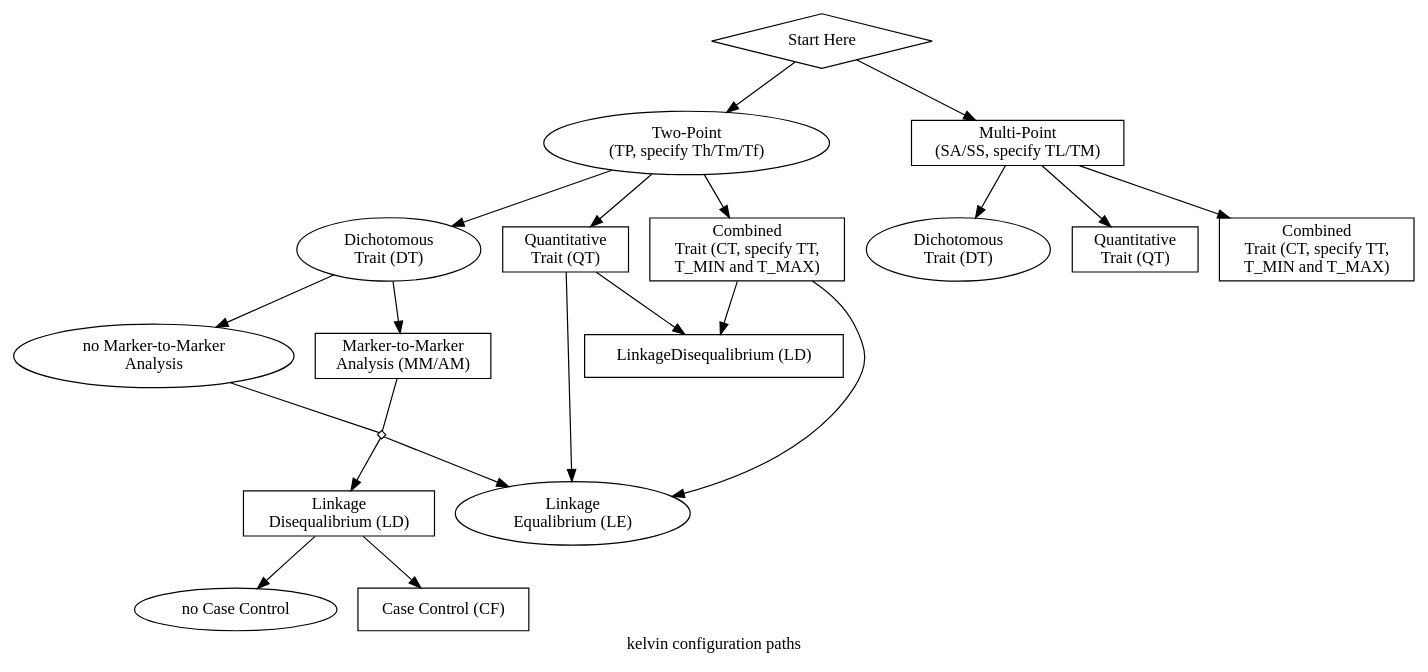
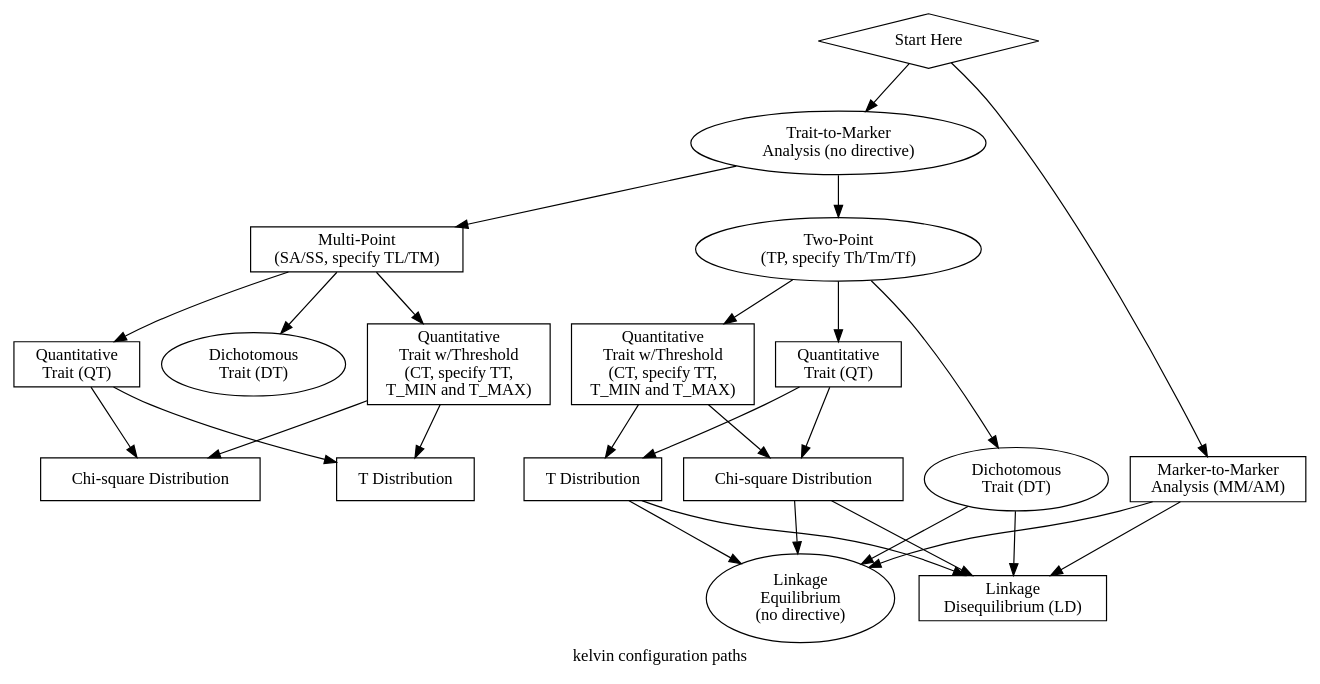
Before and after one commit to MathematicalMedicine/kelvin: the diagram in doc/config.dot, drawn with Graphviz.

Commit message:
Redone per Dr. Vieland

```diff
--- a/doc/config.dot
+++ b/doc/config.dot
@@ -1,42 +1,49 @@
 digraph kelvin_conf {
 	label="kelvin configuration paths"
 	"start" [shape=diamond, label="Start Here", height=.1, width=.1] ;
-	"eitherMM" [shape=diamond, label="", height=.1, width=.1] ;
+	"MM" [shape=box, label="Marker-to-Marker\nAnalysis (MM/AM)"] ;
+	"TM" [shape=ellipse, label="Trait-to-Marker\nAnalysis (no directive)"] ;
 	"TP" [shape=ellipse, label="Two-Point\n(TP, specify Th/Tm/Tf)"] ;
 	"DTTP" [shape=ellipse, label="Dichotomous\nTrait (DT)"] ;
 	"DTMP" [shape=ellipse, label="Dichotomous\nTrait (DT)"] ;
-	"LE" [shape=ellipse, label="Linkage\nEqualibrium (LE)"] ;
-	"noMM" [shape=ellipse, label="no Marker-to-Marker\nAnalysis"] ;
-	"noCC" [shape=ellipse, label="no Case Control"] ;
+	"LE" [shape=ellipse, label="Linkage\nEquilibrium\n(no directive)"] ;
 	"MP" [shape=box, label="Multi-Point\n(SA/SS, specify TL/TM)"] ;
 	"QTTP" [shape=box, label="Quantitative\nTrait (QT)"] ;
 	"QTMP" [shape=box, label="Quantitative\nTrait (QT)"] ;
 	"MP" [shape=box, label="Multi-Point\n(SA/SS, specify TL/TM)"] ;
-	"LDDTTP" [shape=box, label="Linkage\nDisequalibrium (LD)"] ;
-	"LD" [shape=box, label="Linkage\Disequalibrium (LD)"] ;
-	"MM" [shape=box, label="Marker-to-Marker\nAnalysis (MM/AM)"] ;
-	"CC" [shape=box, label="Case Control (CF)"] ;
-	"CTTP" [shape=box, label="Combined\nTrait (CT, specify TT,\nT_MIN and T_MAX)"] ;
-	"CTMP"  [shape=box, label="Combined\nTrait (CT, specify TT,\nT_MIN and T_MAX)"] ;
+	"LD" [shape=box, label="Linkage\nDisequilibrium (LD)"] ;
+	"CTTP" [shape=box, label="Quantitative\nTrait w/Threshold\n(CT, specify TT,\nT_MIN and T_MAX)"] ;
+	"CTMP"  [shape=box, label="Quantitative\nTrait w/Threshold\n (CT, specify TT,\nT_MIN and T_MAX)"] ;
+	"CS" [shape=box, label="Chi-square Distribution"] ;
+	"TD" [shape=box, label="T Distribution"] ;
+	"CSTP" [shape=box, label="Chi-square Distribution"] ;
+	"TDTP" [shape=box, label="T Distribution"] ;
 
-	"start" -> "TP" ;
-	"start" -> "MP" ;
+	"start" -> "MM" ;
+	"start" -> "TM" ;
+	"MM" -> "LE" ;
+	"MM" -> "LD" ;
+	"TM" -> "TP" ;
+	"TM" -> "MP" ;
 	"TP" -> "DTTP" ;
 	"TP" -> "QTTP" ;
 	"TP" -> "CTTP" ;
 	"MP" -> "DTMP" ;
 	"MP" -> "QTMP" ;
 	"MP" -> "CTMP" ;
-	"DTTP" -> "MM" ;
-	"DTTP" -> "noMM" ;
-	"CTTP" -> "LE" ;
-	"CTTP" -> "LD" ;
-	"MM" -> "eitherMM" [arrowhead=none] ;
-	"noMM" -> "eitherMM" [arrowhead=none] ;
-	"eitherMM" -> "LE" ;
-	"eitherMM" -> "LDDTTP" ;
-	"LDDTTP" -> "CC" ;
-	"LDDTTP" -> "noCC" ;
-	"QTTP" -> "LE" ;
-	"QTTP" -> "LD" ;
+	"DTTP" -> "LE" ;
+	"DTTP" -> "LD" ;
+	"CTTP" -> "CSTP" ;
+	"CTTP" -> "TDTP" ;
+	"QTTP" -> "CSTP" ;
+	"QTTP" -> "TDTP" ;
+	"QTMP" -> "CS" ;
+	"QTMP" -> "TD" ;
+	"CTMP" -> "CS" ;
+	"CTMP" -> "TD" ;
+	"CSTP" -> "LE" ;
+	"CSTP" -> "LD" ;
+	"TDTP" -> "LE" ;
+	"TDTP" -> "LD" ;
+
 }
```
